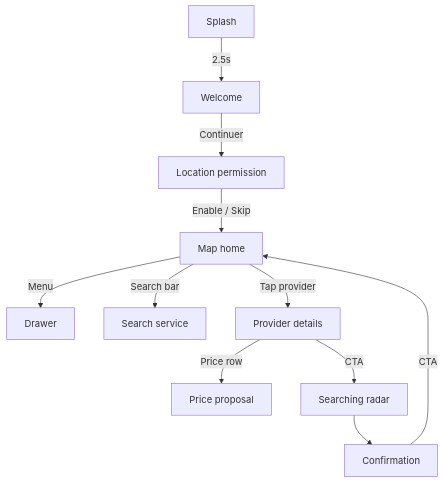
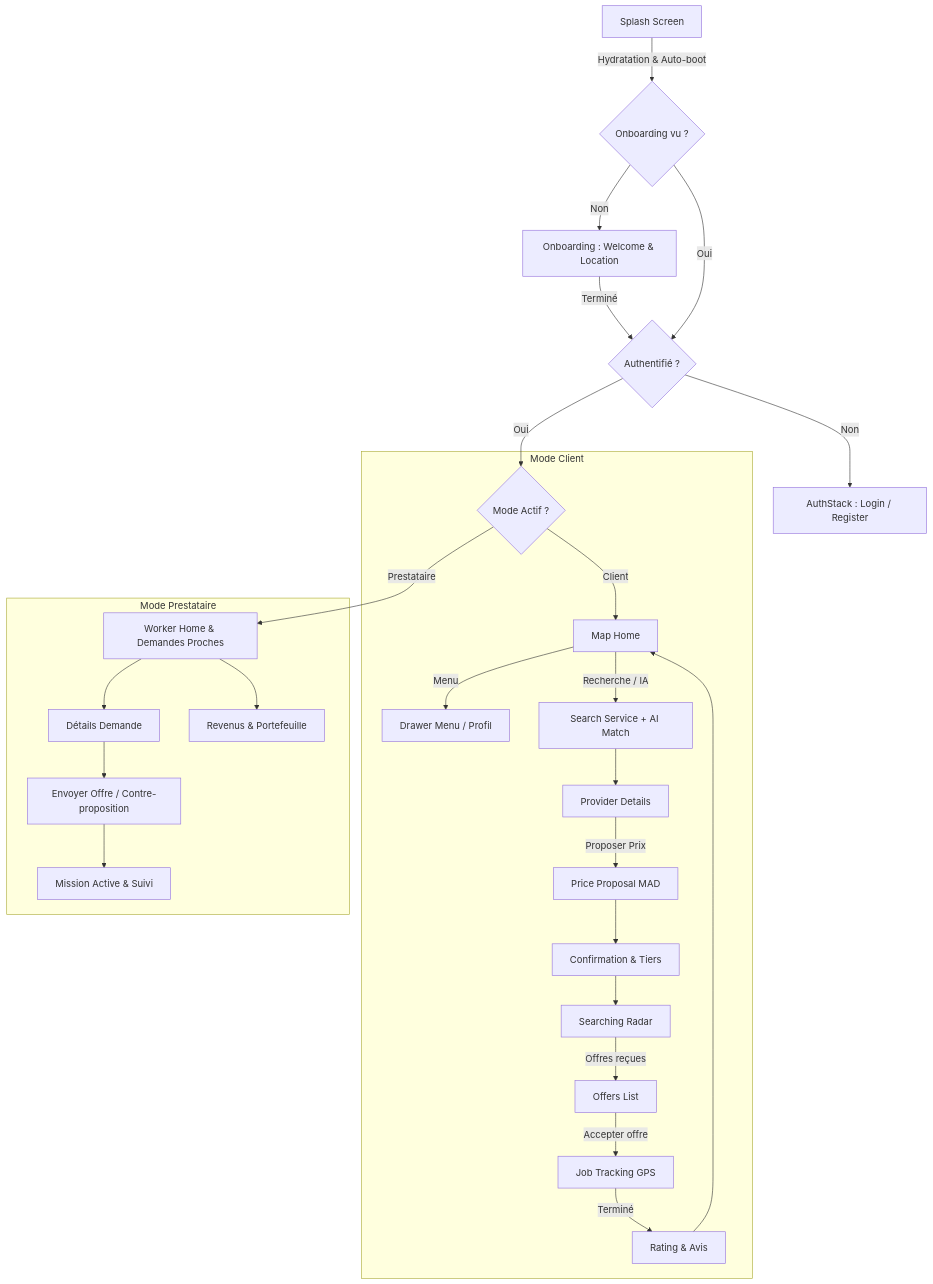
The diagram in README.md (Ahmed-Abdrebbi/InHome----APP), drawn with Mermaid before and after one commit. The commit also changed other lines of this file and 1 other file, not shown here.

Commit message:
docs: write complete ARCHITECTURE.md and update README roadmap

````diff
--- a/README.md
+++ b/README.md
@@ -161,13 +161,31 @@
 ```mermaid
 graph TD
-    A[Splash] -->|2.5s| B[Welcome]
-    B -->|Continuer| C[Location permission]
-    C -->|Enable / Skip| D[Map home]
-    D -->|Menu| E[Drawer]
-    D -->|Search bar| F[Search service]
-    D -->|Tap provider| G[Provider details]
-    G -->|Price row| H[Price proposal]
-    G -->|CTA| I[Searching radar]
-    I --> J[Confirmation]
-    J -->|CTA| D
+    A[Splash Screen] -->|Hydratation & Auto-boot| B{Onboarding vu ?}
+    B -->|Non| C[Onboarding : Welcome & Location]
+    C -->|Terminé| D{Authentifié ?}
+    B -->|Oui| D
+    D -->|Non| E[AuthStack : Login / Register]
+    D -->|Oui| F{Mode Actif ?}
+    
+    subgraph ClientFlow [Mode Client]
+        F -->|Client| G[Map Home]
+        G -->|Menu| H[Drawer Menu / Profil]
+        G -->|Recherche / IA| I[Search Service + AI Match]
+        I --> J[Provider Details]
+        J -->|Proposer Prix| K[Price Proposal MAD]
+        K --> L[Confirmation & Tiers]
+        L --> M[Searching Radar]
+        M -->|Offres reçues| N[Offers List]
+        N -->|Accepter offre| O[Job Tracking GPS]
+        O -->|Terminé| P[Rating & Avis]
+        P --> G
+    end
+
+    subgraph WorkerFlow [Mode Prestataire]
+        F -->|Prestataire| W1[Worker Home & Demandes Proches]
+        W1 --> W2[Détails Demande]
+        W2 --> W3[Envoyer Offre / Contre-proposition]
+        W3 --> W4[Mission Active & Suivi]
+        W1 --> W5[Revenus & Portefeuille]
+    end
 ```
````
